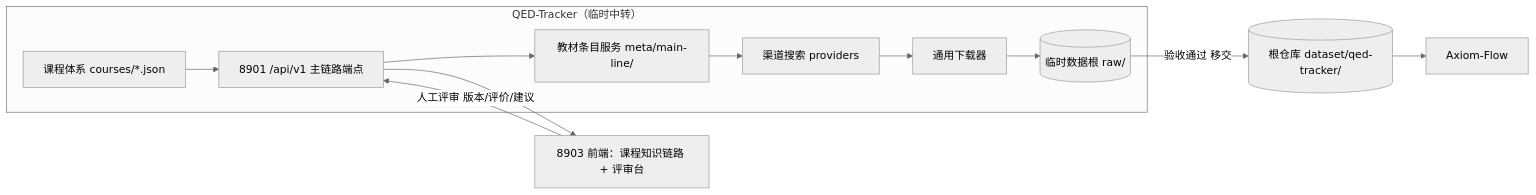
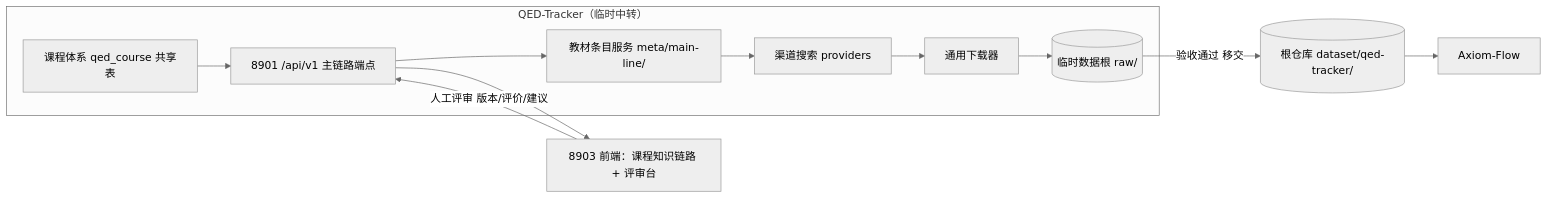
One commit to swfswf1234/QED-Tracker changed the diagram in docs/architecture/main-line.md. Above: the diagram before and after it, drawn with Mermaid (neutral theme). The commit also changed other lines of this file and 80 other files, not shown here.

````diff
--- a/docs/architecture/main-line.md
+++ b/docs/architecture/main-line.md
@@ -50,14 +51,14 @@
 ```mermaid
 flowchart LR
     subgraph QEDTracker[QED-Tracker（临时中转）]
-        COURSES[课程体系 courses/*.json] --> API[8901 /api/v1 主链路端点]
+        COURSES[课程体系 qed_course 共享表] --> API[8901 /api/v1 主链路端点]
         API --> ENTRIES[教材条目服务 meta/main-line/]
         ENTRIES --> SEARCH[渠道搜索 providers]
         SEARCH --> DOWNLOAD[通用下载器]
         DOWNLOAD --> TMP[(临时数据根 raw/)]
     end
     API --> UI[8903 前端：课程知识链路 + 评审台]
     UI -->|人工评审 版本/评价/建议| API
     TMP -->|验收通过 移交| ROOT[(根仓库 dataset/qed-tracker/)]
     ROOT --> AXIOM[Axiom-Flow]
 ```
````
